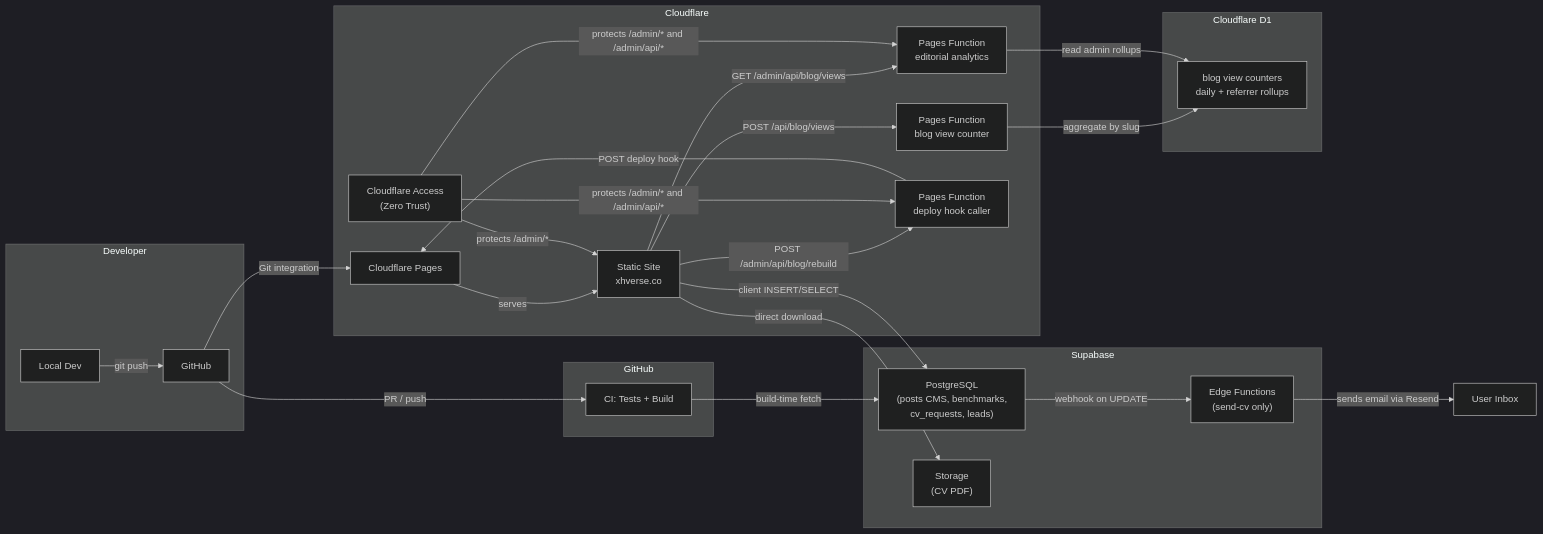
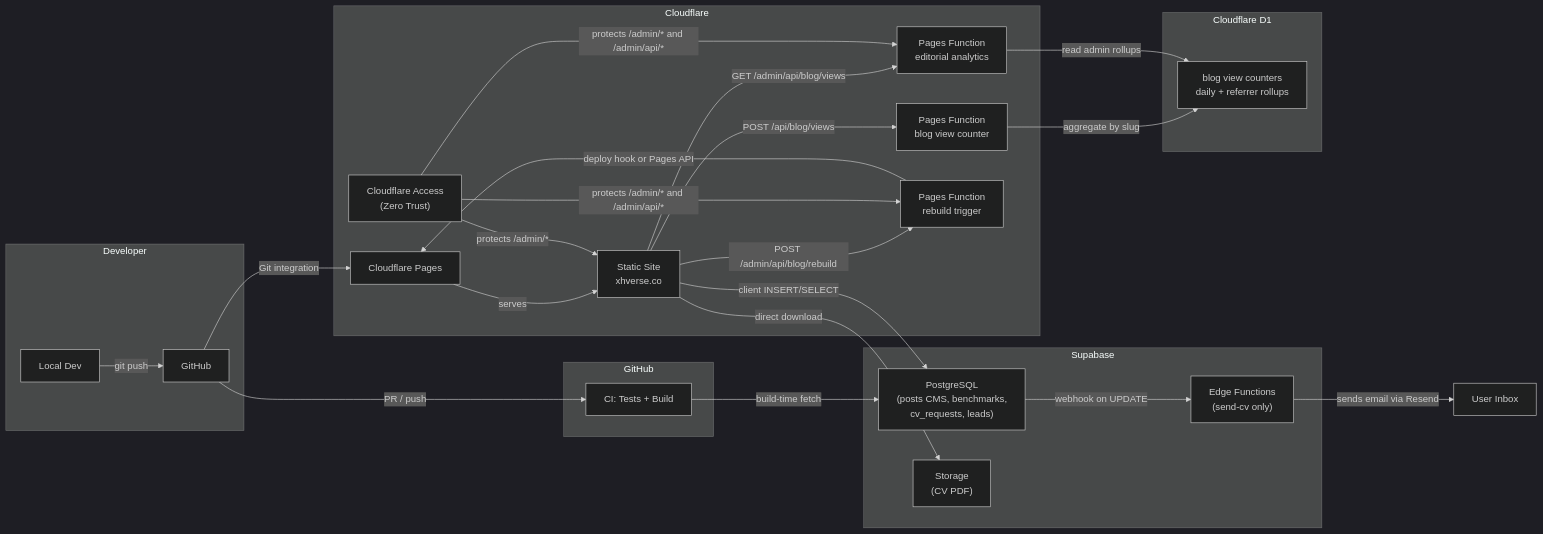
The diagram in docs/architecture.md (devruji/xhverse-site), drawn with Mermaid (dark theme) before and after one commit. The commit also changed other lines of this file and 5 other files, not shown here.

Commit message:
Add Pages API rebuild trigger for blog admin

````diff
--- a/docs/architecture.md
+++ b/docs/architecture.md
@@ -5,42 +5,42 @@
 ```mermaid
 graph LR
     subgraph Developer
         A[Local Dev] -->|git push| B[GitHub]
     end
 
     subgraph GitHub
         B -->|PR / push| C[CI: Tests + Build]
     end
 
     subgraph Cloudflare
         B -->|Git integration| D[Cloudflare Pages]
         D -->|serves| E["Static Site<br/>xhverse.co"]
         F["Cloudflare Access<br/>(Zero Trust)"] -->|protects /admin/*| E
         E -->|POST /api/blog/views| K["Pages Function<br/>blog view counter"]
         E -->|GET /admin/api/blog/views| L["Pages Function<br/>editorial analytics"]
-        E -->|POST /admin/api/blog/rebuild| N["Pages Function<br/>deploy hook caller"]
+        E -->|POST /admin/api/blog/rebuild| N["Pages Function<br/>rebuild trigger"]
         F -->|protects /admin/* and /admin/api/*| L
         F -->|protects /admin/* and /admin/api/*| N
     end
 
     subgraph Supabase
         G["PostgreSQL<br/>(posts CMS, benchmarks,<br/>cv_requests, leads)"]
         H["Storage<br/>(CV PDF)"]
         I["Edge Functions<br/>(send-cv only)"]
     end
 
     subgraph CloudflareD1["Cloudflare D1"]
         M["blog view counters<br/>daily + referrer rollups"]
     end
 
     C -->|build-time fetch| G
     E -->|client INSERT/SELECT| G
-    N -->|POST deploy hook| D
+    N -->|deploy hook or Pages API| D
     E -->|direct download| H
     G -->|webhook on UPDATE| I
     I -->|sends email via Resend| J[User Inbox]
     K -->|aggregate by slug| M
     L -->|read admin rollups| M
 
     %% v3 deferred: no unique visitor tracking or fingerprinting in this phase
 ```
````
